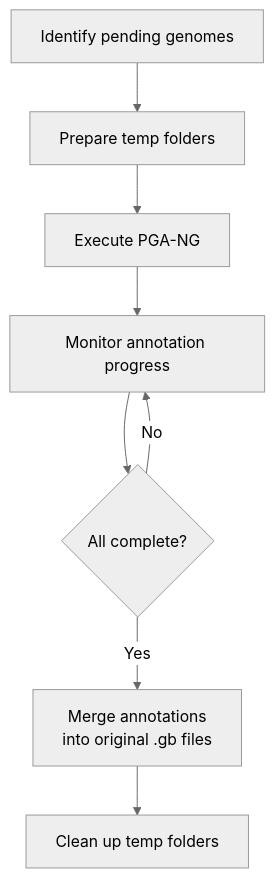
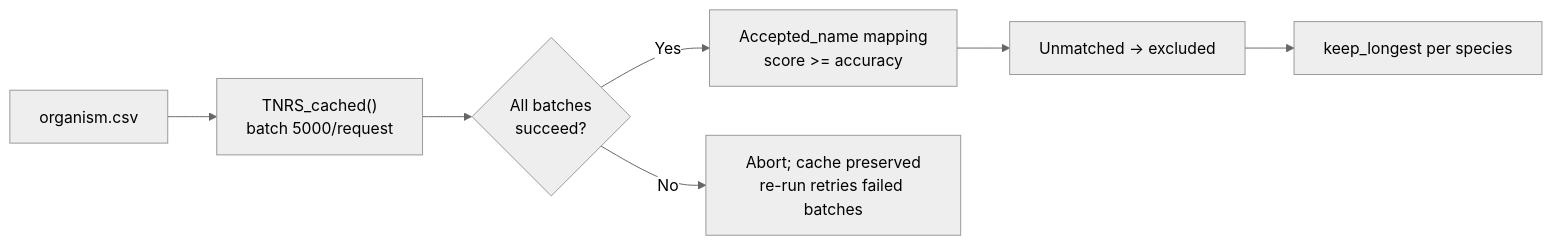
Before and after one commit to wyx619/PyNCBIminer_NG: the second of 2 diagrams in src/Chloroplast/README.md, drawn with Mermaid (neutral theme). The commit also changed other lines of this file and 2 other files, not shown here.

````diff
--- a/src/Chloroplast/README.md
+++ b/src/Chloroplast/README.md
@@ -153,10 +144,9 @@
-``` mermaid
-flowchart TD
-    A["Identify pending genomes"] --> B["Prepare temp folders"]
-    B --> C["Execute PGA-NG"]
-    C --> D["Monitor annotation progress"]
-    D --> E{"All complete?"}
-    E -->|"No"| D
-    E -->|"Yes"| F["Merge annotations\ninto original .gb files"]
-    F --> G["Clean up temp folders"]
+```mermaid
+flowchart LR
+    A["organism.csv"] --> B["TNRS_cached()<br/>batch 5000/request"]
+    B --> C{"All batches<br/>succeed?"}
+    C -->|"Yes"| D["Accepted_name mapping<br/>score >= accuracy"]
+    C -->|"No"| E["Abort; cache preserved<br/>re-run retries failed batches"]
+    D --> F["Unmatched → excluded"]
+    F --> G["keep_longest per species"]
 ```
````
